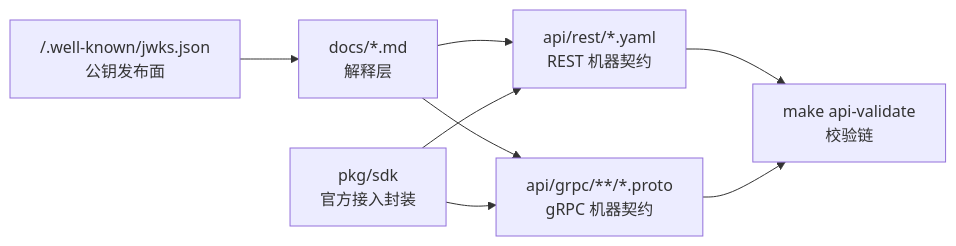
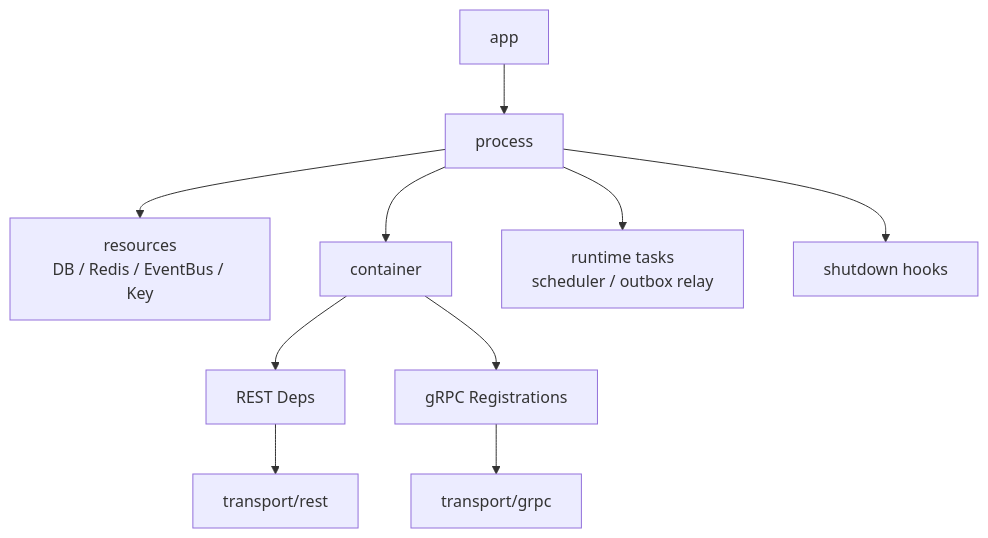
One commit to FangcunMount/iam changed the fifth of 6 diagrams in docs/00-概览/02-核心概念术语.md. Above: the diagram before and after it, drawn with Mermaid. The commit also changed other lines of this file and 61 other files, not shown here.

````diff
--- a/docs/00-概览/02-核心概念术语.md
+++ b/docs/00-概览/02-核心概念术语.md
@@ -190,17 +203,23 @@
 ```mermaid
-flowchart LR
-    Docs["docs/*.md<br/>解释层"]
-    REST["api/rest/*.yaml<br/>REST 机器契约"]
-    GRPC["api/grpc/**/*.proto<br/>gRPC 机器契约"]
-    SDK["pkg/sdk<br/>官方接入封装"]
-    JWKS["/.well-known/jwks.json<br/>公钥发布面"]
-    Verify["make api-validate<br/>校验链"]
+flowchart TD
+    App["app"]
+    Process["process"]
+    Resources["resources\nDB / Redis / EventBus / Key"]
+    Container["container"]
+    RESTDeps["REST Deps"]
+    GRPCDeps["gRPC Registrations"]
+    REST["transport/rest"]
+    GRPC["transport/grpc"]
+    RuntimeTasks["runtime tasks\nscheduler / outbox relay"]
+    Shutdown["shutdown hooks"]
 
-    Docs --> REST
-    Docs --> GRPC
-    SDK --> GRPC
-    SDK --> REST
-    JWKS --> Docs
-    REST --> Verify
-    GRPC --> Verify
+    App --> Process
+    Process --> Resources
+    Process --> Container
+    Container --> RESTDeps
+    Container --> GRPCDeps
+    RESTDeps --> REST
+    GRPCDeps --> GRPC
+    Process --> RuntimeTasks
+    Process --> Shutdown
 ```
````
